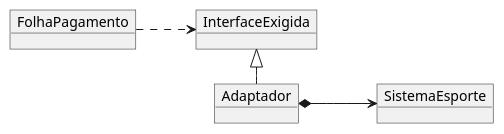
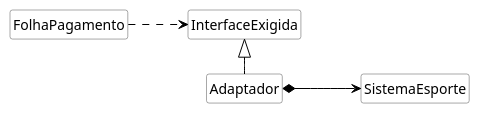
One commit to kyriosdata/oo changed the diagram in imagens/modelos-08/mod08ima03/mod08ima03.plantuml. Above: the diagram before and after it, drawn with PlantUML. The commit also changed 2 other files, not shown here.

```diff
--- a/imagens/modelos-08/mod08ima03/mod08ima03.plantuml
+++ b/imagens/modelos-08/mod08ima03/mod08ima03.plantuml
@@ -1,10 +1,19 @@
 @startuml mod08ima03
-object "FolhaPagamento" as fo
-object "InterfaceExigida" as in
-object "Adaptador" as ad
-object "SistemaEsporte" as si
+hide circle
+hide methods
+hide empty members
+
+skinparam class {
+    BackgroundColor White
+    ArrowColor Black
+    BorderColor #505050
+}
+class "FolhaPagamento" as fo
+class "InterfaceExigida" as in
+class "Adaptador" as ad
+class "SistemaEsporte" as si
 left to right direction
 fo ..> in
 ad -left-|> in
 ad *--> si
 @enduml
```
